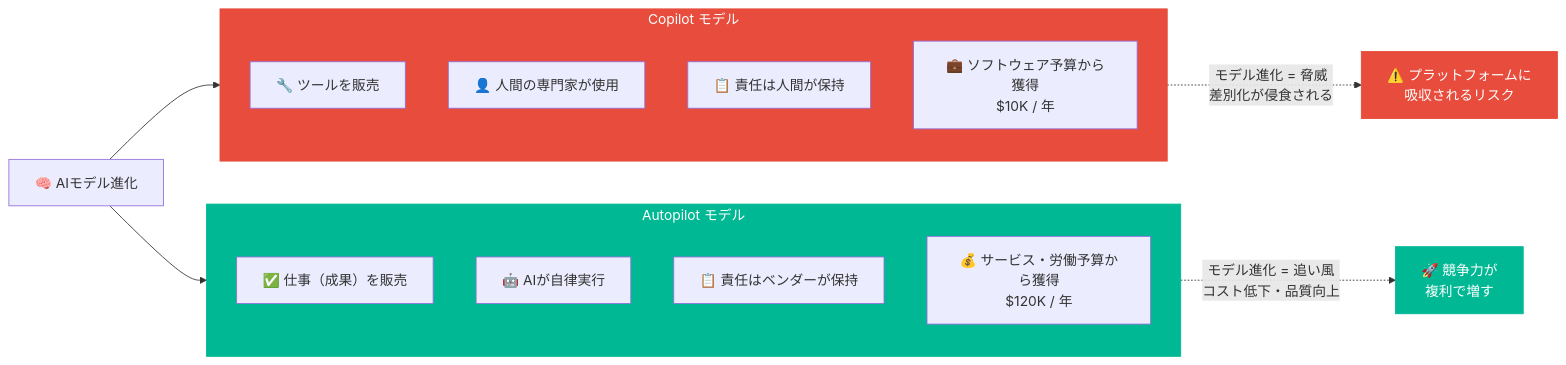
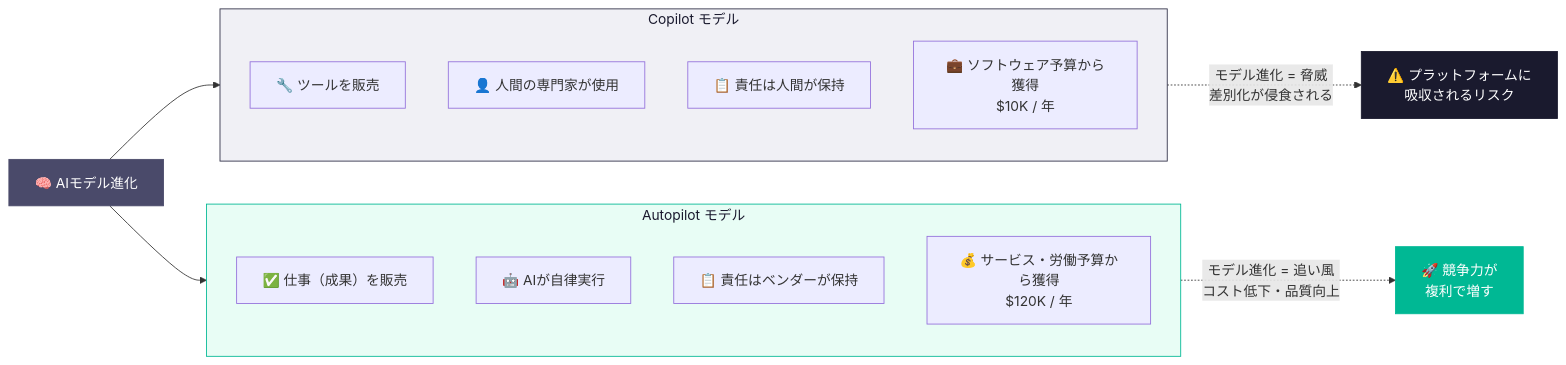
Before and after one commit to Leading-AI-IO/saas-is-dead-the-next-ai-business-model: the sixth of 10 diagrams in docs/jp/saas-is-dead_JP.md, drawn with Mermaid. The commit also changed other lines of this file, not shown here.

````diff
--- a/docs/jp/saas-is-dead_JP.md
+++ b/docs/jp/saas-is-dead_JP.md
@@ -511,29 +521,30 @@
 ```mermaid
 flowchart LR
     subgraph COP["Copilot モデル"]
         direction TB
         C1["🔧 ツールを販売"]
         C2["👤 人間の専門家が使用"]
         C3["📋 責任は人間が保持"]
         C4["💼 ソフトウェア予算から獲得\n$10K / 年"]
     end
 
     subgraph AUT["Autopilot モデル"]
         direction TB
         A1["✅ 仕事（成果）を販売"]
         A2["🤖 AIが自律実行"]
         A3["📋 責任はベンダーが保持"]
         A4["💰 サービス・労働予算から獲得\n$120K / 年"]
     end
 
     MODEL["🧠 AIモデル進化"] --> COP
     MODEL --> AUT
 
     COP -. "モデル進化 = 脅威\n差別化が侵食される" .-> RISK["⚠️ プラットフォームに\n吸収されるリスク"]
     AUT -. "モデル進化 = 追い風\nコスト低下・品質向上" .-> WIN["🚀 競争力が\n複利で増す"]
 
-    style COP fill:#e74c3c,stroke:#e74c3c,color:#fff
-    style AUT fill:#00b894,stroke:#00b894,color:#fff
-    style RISK fill:#e74c3c,stroke:#e74c3c,color:#fff
+    style COP fill:#f0f0f5,stroke:#2d2d44,color:#1a1a2e
+    style AUT fill:#e8fdf5,stroke:#00b894,color:#1a1a2e
+    style MODEL fill:#4a4a6a,stroke:#4a4a6a,color:#fff
+    style RISK fill:#1a1a2e,stroke:#1a1a2e,color:#fff
     style WIN fill:#00b894,stroke:#00b894,color:#fff
 ```
````
